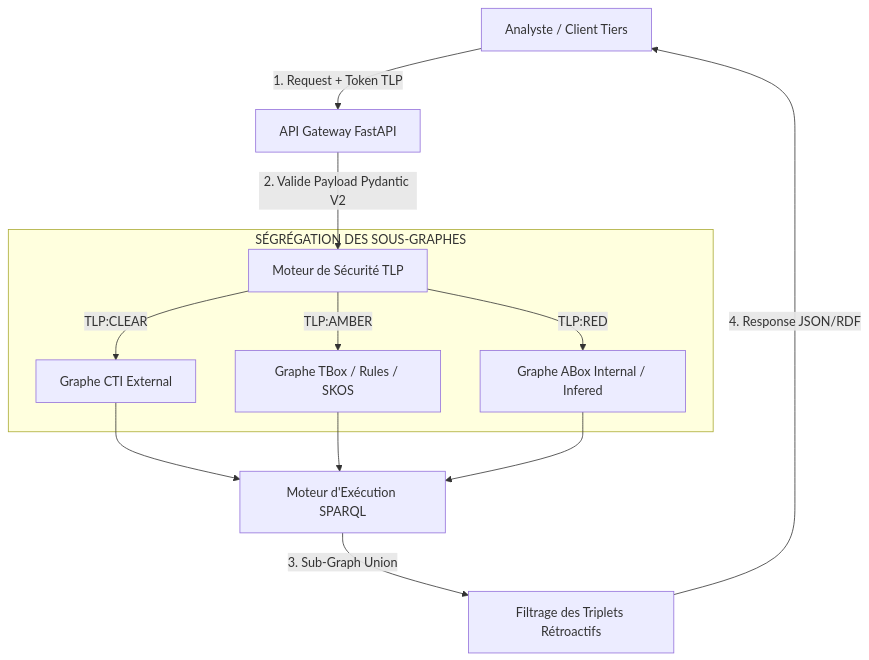
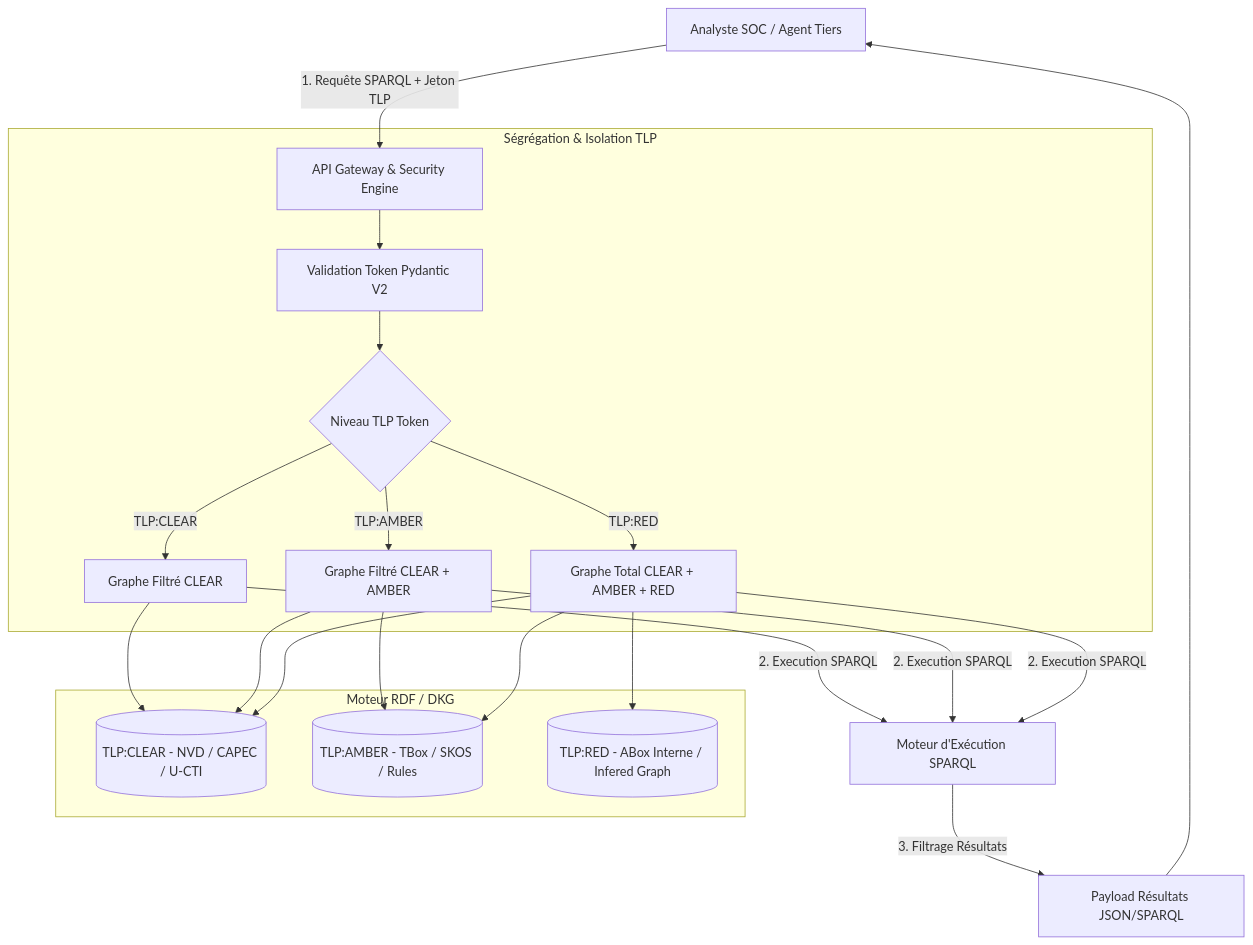
Before and after one commit to AlbanLher/Dkg-cybersec: the first of 2 diagrams in 00-Projet/Phase6/Memo_Use_Case_Phase6.md, drawn with Mermaid. The commit also changed other lines of this file and 39 other files, not shown here.

````diff
--- a/00-Projet/Phase6/Memo_Use_Case_Phase6.md
+++ b/00-Projet/Phase6/Memo_Use_Case_Phase6.md
@@ -17,18 +13,28 @@
 ```mermaid
 graph TD
-    Client[Analyste / Client Tiers] -->|1. Request + Token TLP| Gateway[API Gateway FastAPI]
-    Gateway -->|2. Valide Payload Pydantic V2| SecurityEngine[Moteur de Sécurité TLP]
+    Client[Analyste SOC / Agent Tiers] -->|1. Requête SPARQL + Jeton TLP| Gateway[API Gateway & Security Engine]
     
-    subgraph SÉGRÉGATION DES SOUS-GRAPHES
-        SecurityEngine -->|TLP:CLEAR| GraphClear[Graphe CTI External]
-        SecurityEngine -->|TLP:AMBER| GraphAmber[Graphe TBox / Rules / SKOS]
-        SecurityEngine -->|TLP:RED| GraphRed[Graphe ABox Internal / Infered]
+    subgraph Security Engine [Ségrégation & Isolation TLP]
+        Gateway --> Auth[Validation Token Pydantic V2]
+        Auth --> Filter{Niveau TLP Token}
+        Filter -->|TLP:CLEAR| G_CLEAR[Graphe Filtré CLEAR]
+        Filter -->|TLP:AMBER| G_AMBER[Graphe Filtré CLEAR + AMBER]
+        Filter -->|TLP:RED| G_RED[Graphe Total CLEAR + AMBER + RED]
     end
-    
-    GraphClear --> ExecutionEngine[Moteur d'Exécution SPARQL]
-    GraphAmber --> ExecutionEngine
-    GraphRed --> ExecutionEngine
-    
-    ExecutionEngine -->|3. Sub-Graph Union| ResultFilter[Filtrage des Triplets Rétroactifs]
-    ResultFilter -->|4. Response JSON/RDF| Client
+
+    subgraph DKG Graph Layers [Moteur RDF / DKG]
+        G_CLEAR --> LayerCLEAR[(TLP:CLEAR - NVD / CAPEC / U-CTI)]
+        G_AMBER --> LayerCLEAR
+        G_AMBER --> LayerAMBER[(TLP:AMBER - TBox / SKOS / Rules)]
+        G_RED --> LayerCLEAR
+        G_RED --> LayerAMBER
+        G_RED --> LayerRED[(TLP:RED - ABox Interne / Infered Graph)]
+    end
+
+    G_CLEAR -->|2. Execution SPARQL| Exec[Moteur d'Exécution SPARQL]
+    G_AMBER -->|2. Execution SPARQL| Exec
+    G_RED -->|2. Execution SPARQL| Exec
+
+    Exec -->|3. Filtrage Résultats| JSON[Payload Résultats JSON/SPARQL]
+    JSON --> Client
 ```
````
